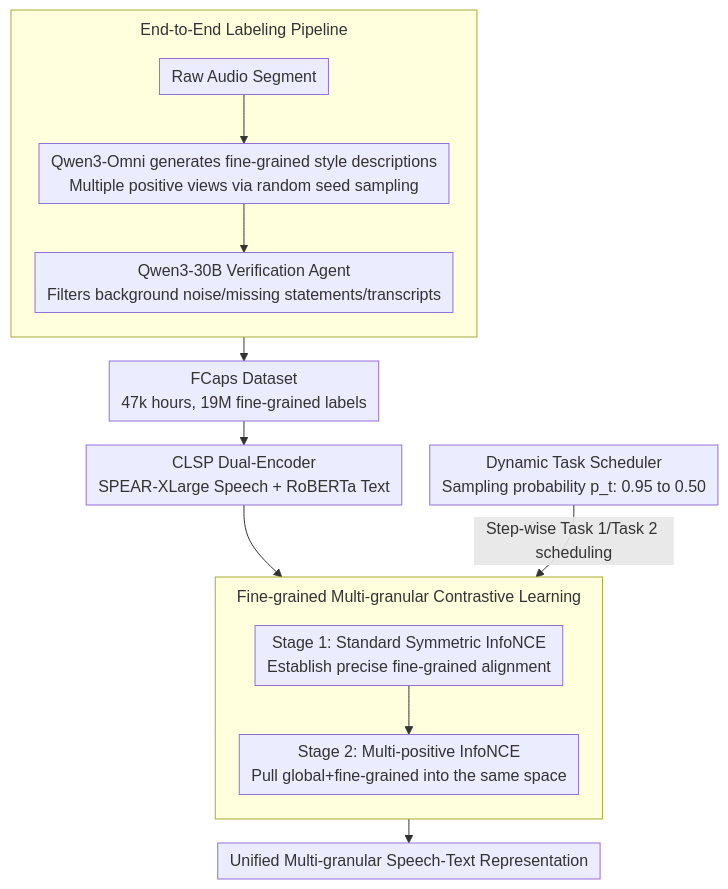
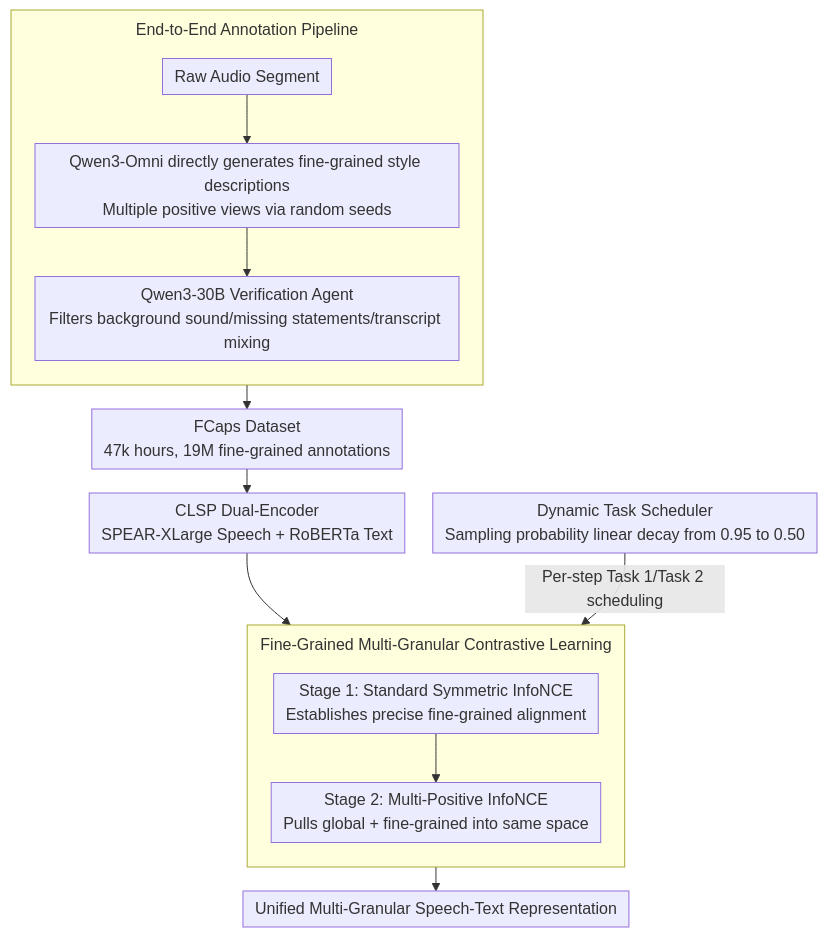
One commit to zhaoyang97/Paper-Notes-en changed the diagram in docs/ACL2026/audio_speech/towards_fine-grained_and_multi-granular_contrastive_language-speech_pre-training.md. Above: the diagram before and after it, drawn with Mermaid. The commit also changed other lines of this file and 5084 other files, not shown here.

````diff
--- a/docs/ACL2026/audio_speech/towards_fine-grained_and_multi-granular_contrastive_language-speech_pre-training.md
+++ b/docs/ACL2026/audio_speech/towards_fine-grained_and_multi-granular_contrastive_language-speech_pre-training.md
@@ -44,18 +44,18 @@
 ```mermaid
 %%{init: {'flowchart': {'rankSpacing': 24, 'nodeSpacing': 28, 'padding': 6, 'wrappingWidth': 400, 'subGraphTitleMargin': {'top': 8, 'bottom': 16}}}}%%
 flowchart TD
-    subgraph DATA["End-to-End Labeling Pipeline"]
+    subgraph DATA["End-to-End Annotation Pipeline"]
         direction TB
-        A["Raw Audio Segment"] --> B["Qwen3-Omni generates fine-grained style descriptions<br/>Multiple positive views via random seed sampling"]
-        B --> C["Qwen3-30B Verification Agent<br/>Filters background noise/missing statements/transcripts"]
+        A["Raw Audio Segment"] --> B["Qwen3-Omni directly generates fine-grained style descriptions<br/>Multiple positive views via random seeds"]
+        B --> C["Qwen3-30B Verification Agent<br/>Filters background sound/missing statements/transcript mixing"]
     end
-    C --> D["FCaps Dataset<br/>47k hours, 19M fine-grained labels"]
+    C --> D["FCaps Dataset<br/>47k hours, 19M fine-grained annotations"]
     D --> E["CLSP Dual-Encoder<br/>SPEAR-XLarge Speech + RoBERTa Text"]
-    subgraph CL["Fine-grained Multi-granular Contrastive Learning"]
+    subgraph CL["Fine-Grained Multi-Granular Contrastive Learning"]
         direction TB
-        F["Stage 1: Standard Symmetric InfoNCE<br/>Establish precise fine-grained alignment"] --> G["Stage 2: Multi-positive InfoNCE<br/>Pull global+fine-grained into the same space"]
+        F["Stage 1: Standard Symmetric InfoNCE<br/>Establishes precise fine-grained alignment"] --> G["Stage 2: Multi-Positive InfoNCE<br/>Pulls global + fine-grained into same space"]
     end
     E --> F
-    H["Dynamic Task Scheduler<br/>Sampling probability p_t: 0.95 to 0.50"] -->|"Step-wise Task 1/Task 2 scheduling"| G
-    G --> I["Unified Multi-granular Speech-Text Representation"]
+    H["Dynamic Task Scheduler<br/>Sampling probability linear decay from 0.95 to 0.50"] -->|"Per-step Task 1/Task 2 scheduling"| G
+    G --> I["Unified Multi-Granular Speech-Text Representation"]
 ```
````
